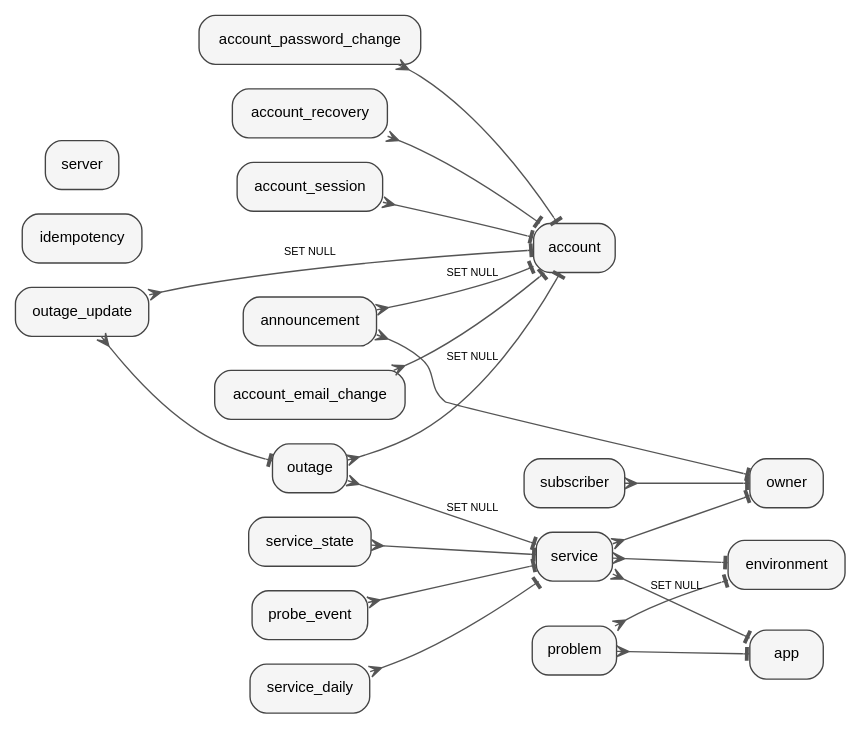
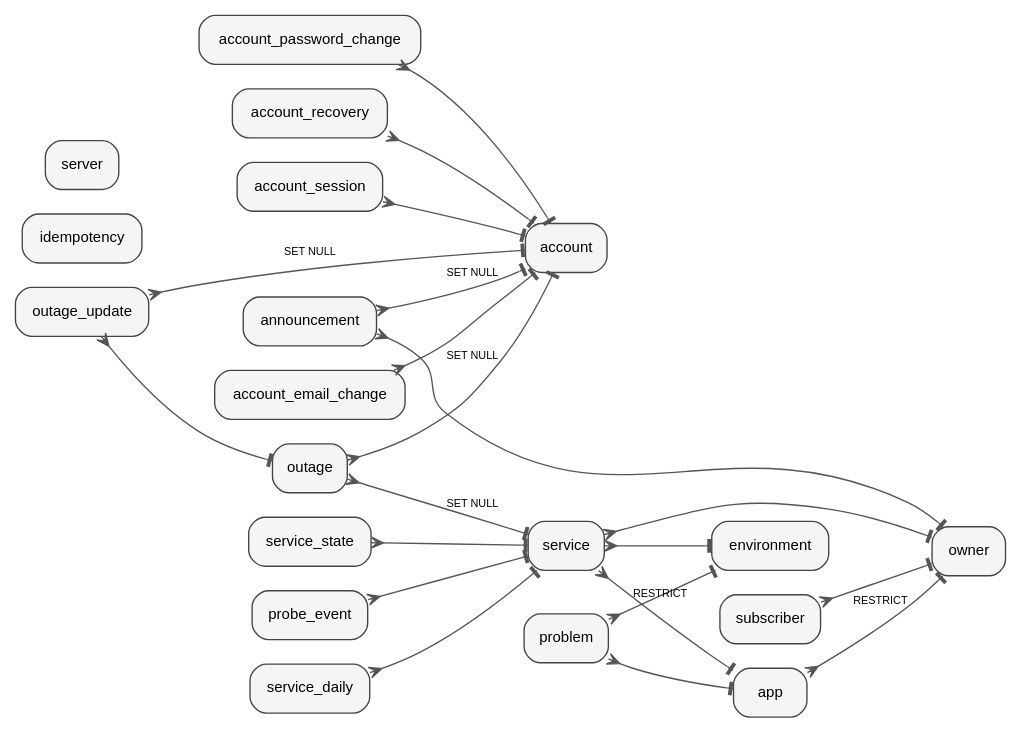
Before and after one commit to daniel-miller/bump: the diagram in db/schema.dot, drawn with Graphviz. The commit also changed 21 other files, not shown here.

```diff
--- a/db/schema.dot
+++ b/db/schema.dot
@@ -1,53 +1,54 @@
 /*
- * bump schema ER diagram (crow's foot notation). GENERATED FILE -
+ * bump_work schema ER diagram (crow's foot notation). GENERATED FILE -
  * regenerate with db/export-schema.ps1; do not edit by hand.
  *
  * Edges go child -> parent: crow = many (child side), tee = one (parent
  * side). Non-CASCADE delete rules are labelled.
  */
-digraph bump_schema {
+digraph bump_work_schema {
     rankdir=LR;
     bgcolor="white";
     node [shape=box, style="filled,rounded", fillcolor="#f5f5f5", fontname="Helvetica", fontsize=11, color="#444444"];
     edge [fontname="Helvetica", fontsize=8, color="#555555", dir=both, arrowsize=0.9];
 
     account;
     account_email_change;
     account_password_change;
     account_recovery;
     account_session;
     announcement;
     app;
     environment;
     idempotency;
     outage;
     outage_update;
     owner;
     probe_event;
     problem;
     server;
     service;
     service_daily;
     service_state;
     subscriber;
 
     account_email_change -> account [arrowtail=crow, arrowhead=tee];
     account_password_change -> account [arrowtail=crow, arrowhead=tee];
     account_recovery -> account [arrowtail=crow, arrowhead=tee];
     account_session -> account [arrowtail=crow, arrowhead=tee];
     announcement -> account [arrowtail=crow, arrowhead=tee label="SET NULL"];
     announcement -> owner [arrowtail=crow, arrowhead=tee];
+    app -> owner [arrowtail=crow, arrowhead=tee label="RESTRICT"];
     outage -> account [arrowtail=crow, arrowhead=tee label="SET NULL"];
     outage -> service [arrowtail=crow, arrowhead=tee label="SET NULL"];
     outage_update -> account [arrowtail=crow, arrowhead=tee label="SET NULL"];
     outage_update -> outage [arrowtail=crow, arrowhead=tee];
     probe_event -> service [arrowtail=crow, arrowhead=tee];
     problem -> app [arrowtail=crow, arrowhead=tee];
     problem -> environment [arrowtail=crow, arrowhead=tee];
-    service -> app [arrowtail=crow, arrowhead=tee label="SET NULL"];
+    service -> app [arrowtail=crow, arrowhead=tee label="RESTRICT"];
     service -> environment [arrowtail=crow, arrowhead=tee];
     service -> owner [arrowtail=crow, arrowhead=tee];
     service_daily -> service [arrowtail=crow, arrowhead=tee];
     service_state -> service [arrowtail=crow, arrowhead=tee];
     subscriber -> owner [arrowtail=crow, arrowhead=tee];
 }
```
